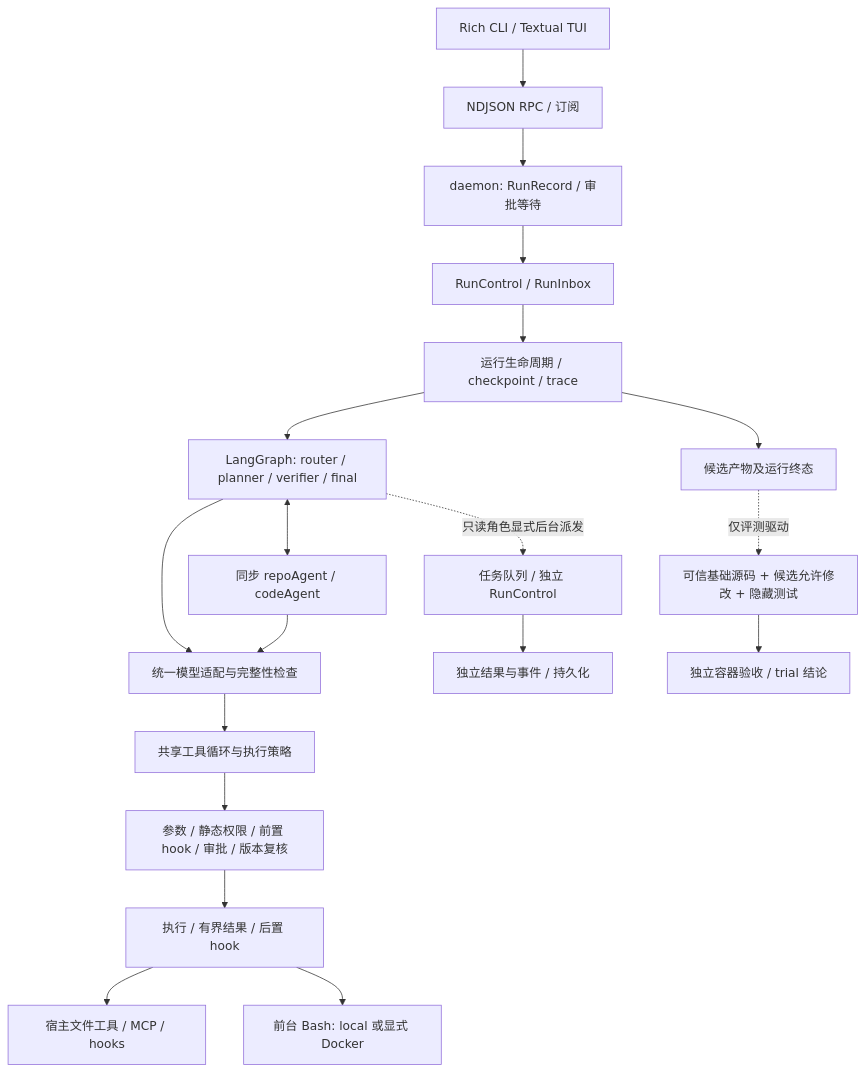
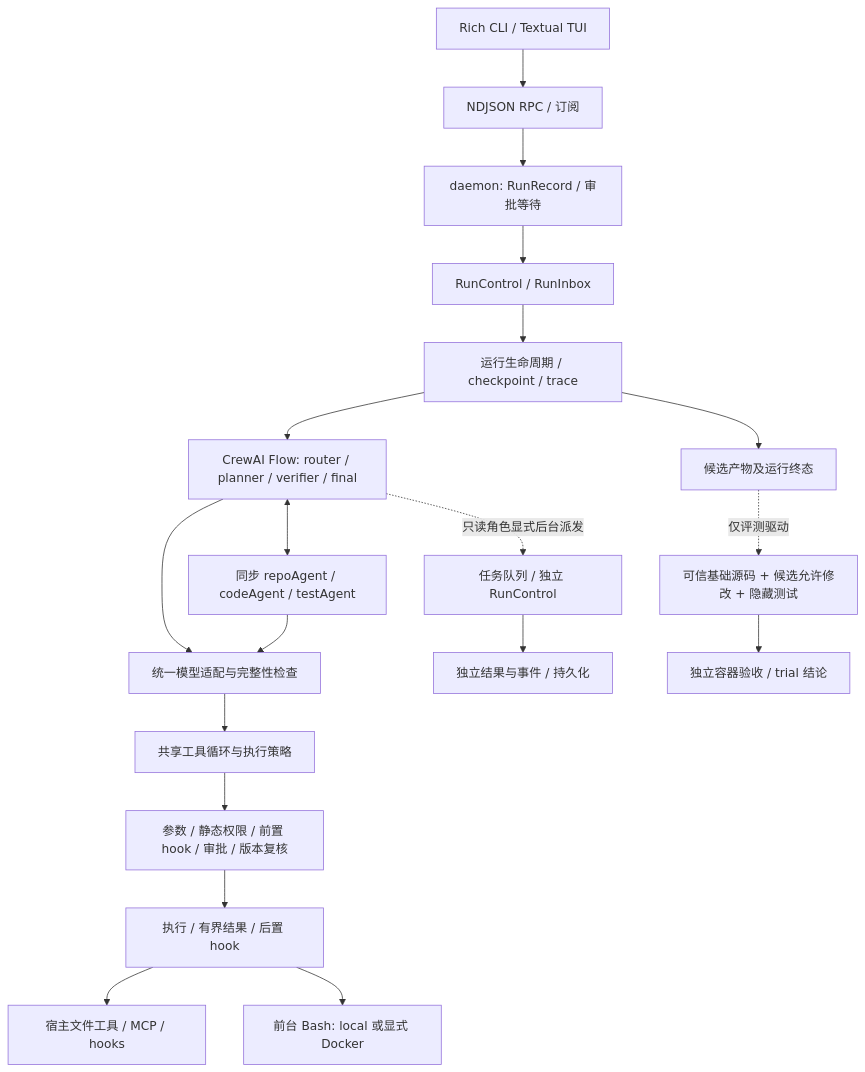
Before and after one commit to nicedream18/CodeAgent: the diagram in docs/internship/showcase/architecture.md, drawn with Mermaid. The commit also changed other lines of this file and 109 other files, not shown here.

First line of the commit message:
feat: 实现独立测试 Agent 与 CrewAI 工作流编排

````diff
--- a/docs/internship/showcase/architecture.md
+++ b/docs/internship/showcase/architecture.md
@@ -5,21 +5,21 @@
 ```mermaid
 flowchart TB
     U[Rich CLI / Textual TUI] --> I[NDJSON RPC / 订阅]
     I --> D[daemon: RunRecord / 审批等待]
     D --> C[RunControl / RunInbox]
     C --> L[运行生命周期 / checkpoint / trace]
-    L --> G[LangGraph: router / planner / verifier / final]
-    G <--> S[同步 repoAgent / codeAgent]
+    L --> G[CrewAI Flow: router / planner / verifier / final]
+    G <--> S[同步 repoAgent / codeAgent / testAgent]
     G --> M[统一模型适配与完整性检查]
     S --> M
     M --> T[共享工具循环与执行策略]
     T --> P[参数 / 静态权限 / 前置 hook / 审批 / 版本复核]
     P --> X[执行 / 有界结果 / 后置 hook]
     X --> H[宿主文件工具 / MCP / hooks]
     X --> B[前台 Bash: local 或显式 Docker]
     G -.只读角色显式后台派发.-> Q[任务队列 / 独立 RunControl]
     Q --> A[独立结果与事件 / 持久化]
     L --> O[候选产物及运行终态]
     O -.仅评测驱动.-> E[可信基础源码 + 候选允许修改 + 隐藏测试]
     E --> F[独立容器验收 / trial 结论]
 ```
````
